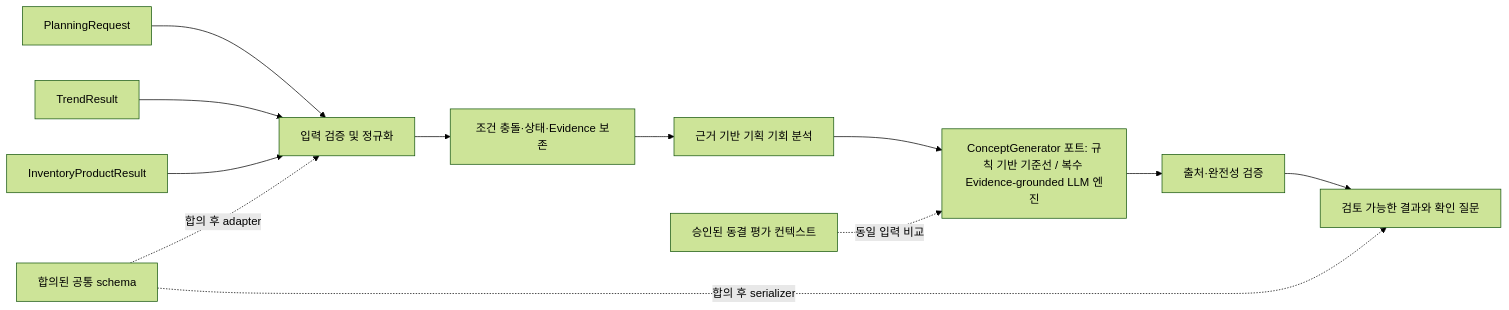
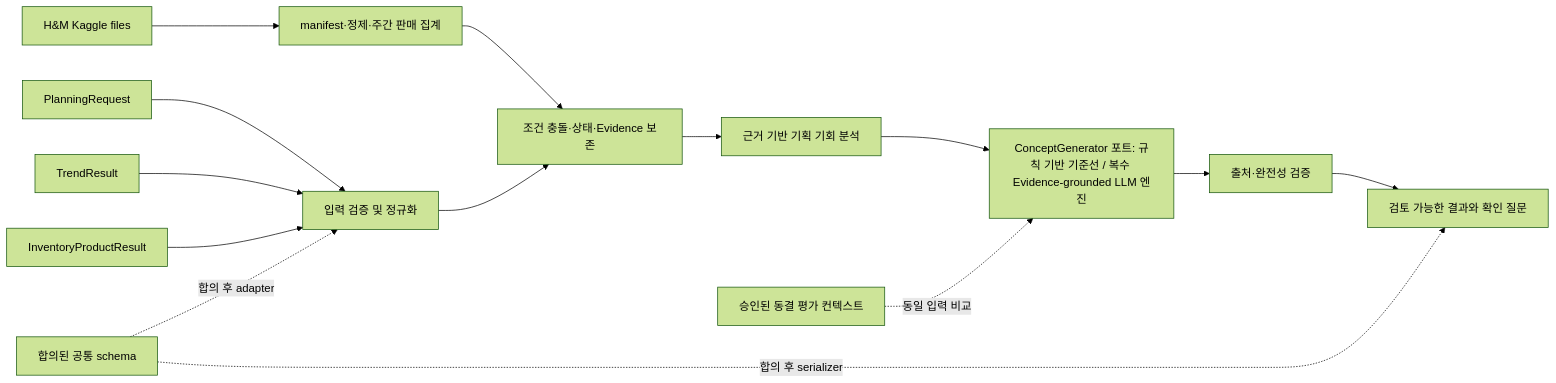
Before and after one commit to KG-RAG-02/fashion-planner-novelty: the diagram in docs/design/implementation-roadmap.md, drawn with Mermaid (forest theme). The commit also changed other lines of this file and 10 other files, not shown here.

````diff
--- a/docs/design/implementation-roadmap.md
+++ b/docs/design/implementation-roadmap.md
@@ -35,14 +35,16 @@
 ```mermaid
 flowchart LR
     A[PlanningRequest] --> N[입력 검증 및 정규화]
     B[TrendResult] --> N
     C[InventoryProductResult] --> N
+    K[H&M Kaggle files] --> I[manifest·정제·주간 판매 집계]
+    I --> X
     N --> X[조건 충돌·상태·Evidence 보존]
     X --> O[근거 기반 기획 기회 분석]
     O --> G[ConceptGenerator 포트: 규칙 기반 기준선 / 복수 Evidence-grounded LLM 엔진]
     E[승인된 동결 평가 컨텍스트] -. 동일 입력 비교 .-> G
     G --> V[출처·완전성 검증]
     V --> R[검토 가능한 결과와 확인 질문]
     W[합의된 공통 schema] -. 합의 후 adapter .-> N
     W -. 합의 후 serializer .-> R
 ```
````
